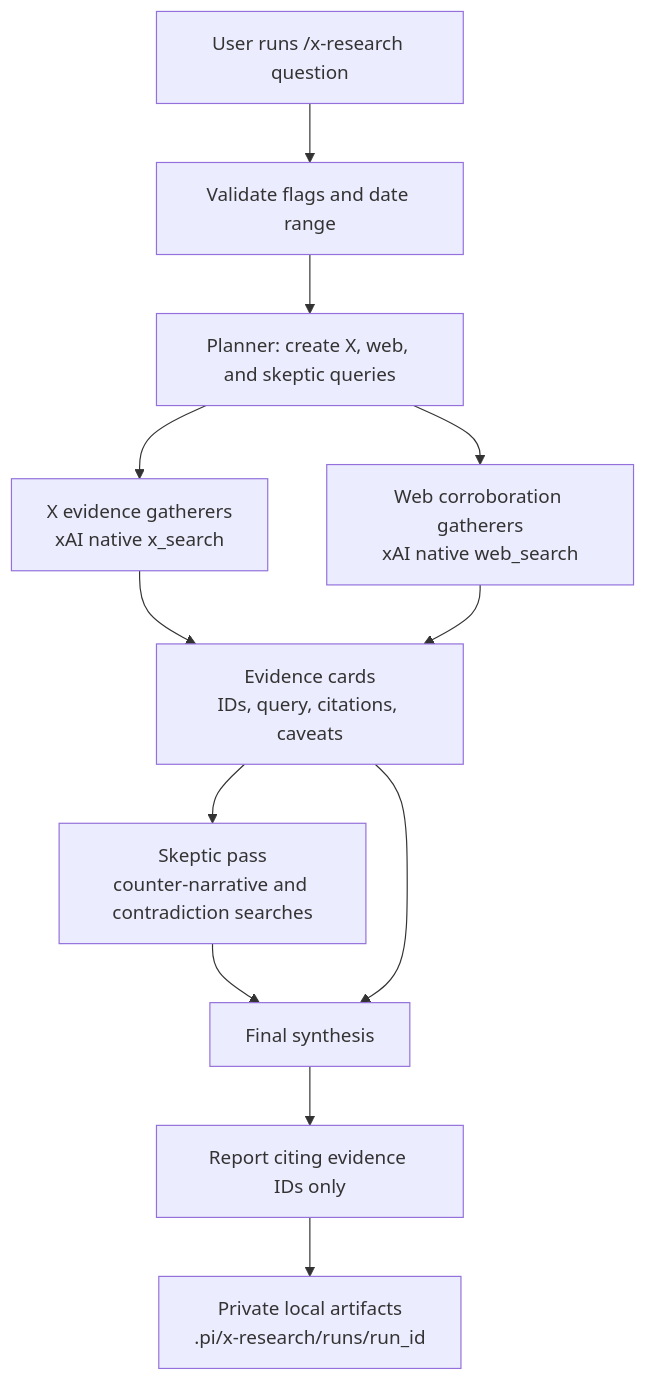
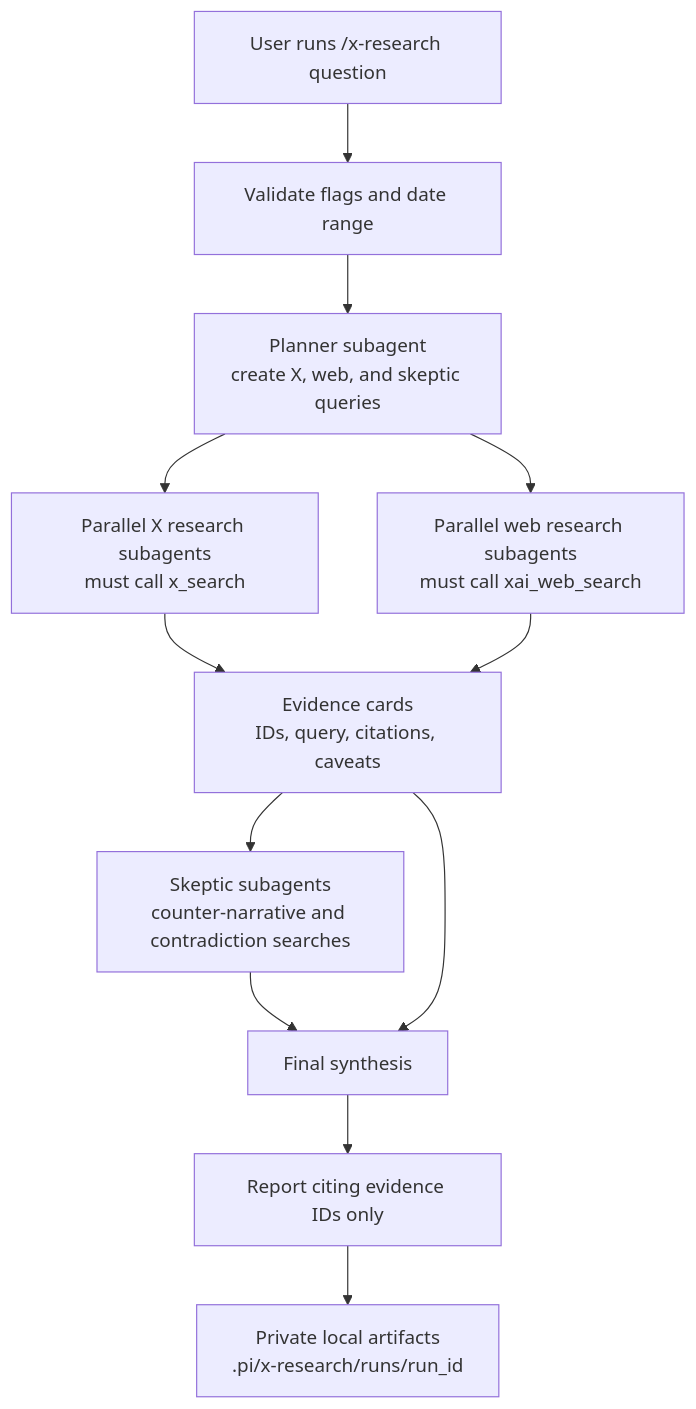
Before and after one commit to paulbrav/pi-x-research: the diagram in README.md, drawn with Mermaid. The commit also changed other lines of this file and 4 other files, not shown here.

Commit message:
Use full Pi subagents for research workflow

````diff
--- a/README.md
+++ b/README.md
@@ -13,14 +13,14 @@
 ```mermaid
 flowchart TD
   A[User runs /x-research question] --> B[Validate flags and date range]
-  B --> C[Planner: create X, web, and skeptic queries]
-  C --> D1[X evidence gatherers<br/>xAI native x_search]
-  C --> D2[Web corroboration gatherers<br/>xAI native web_search]
+  B --> C[Planner subagent<br/>create X, web, and skeptic queries]
+  C --> D1[Parallel X research subagents<br/>must call x_search]
+  C --> D2[Parallel web research subagents<br/>must call xai_web_search]
   D1 --> E[Evidence cards<br/>IDs, query, citations, caveats]
   D2 --> E
-  E --> F[Skeptic pass<br/>counter-narrative and contradiction searches]
+  E --> F[Skeptic subagents<br/>counter-narrative and contradiction searches]
   F --> G[Final synthesis]
   E --> G
   G --> H[Report citing evidence IDs only]
   H --> I[Private local artifacts<br/>.pi/x-research/runs/run_id]
 ```
````
